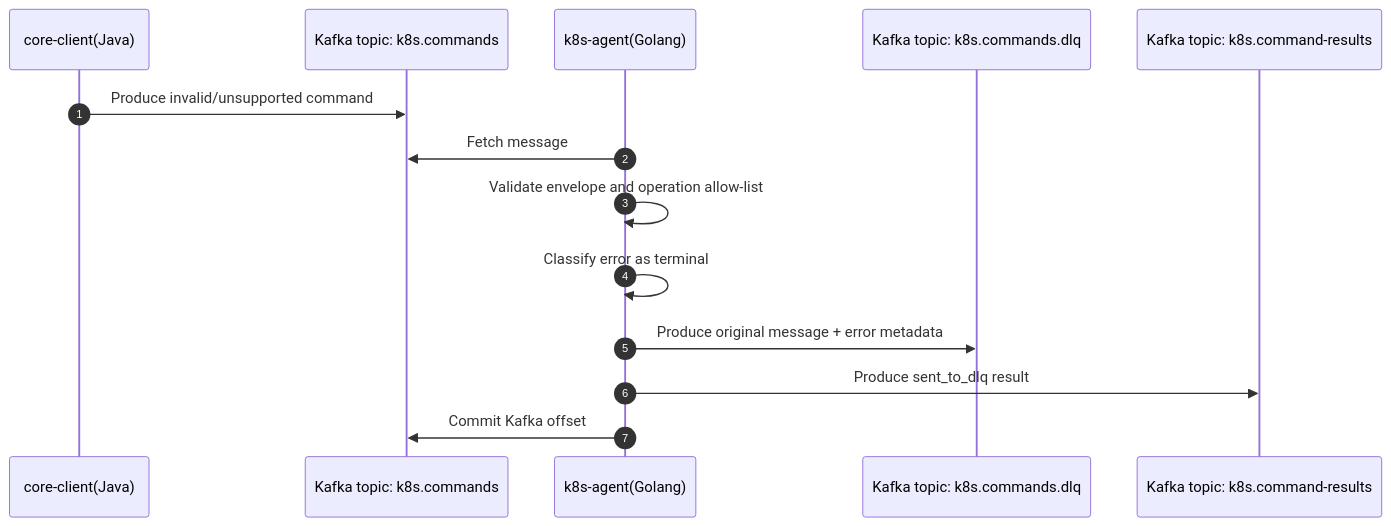
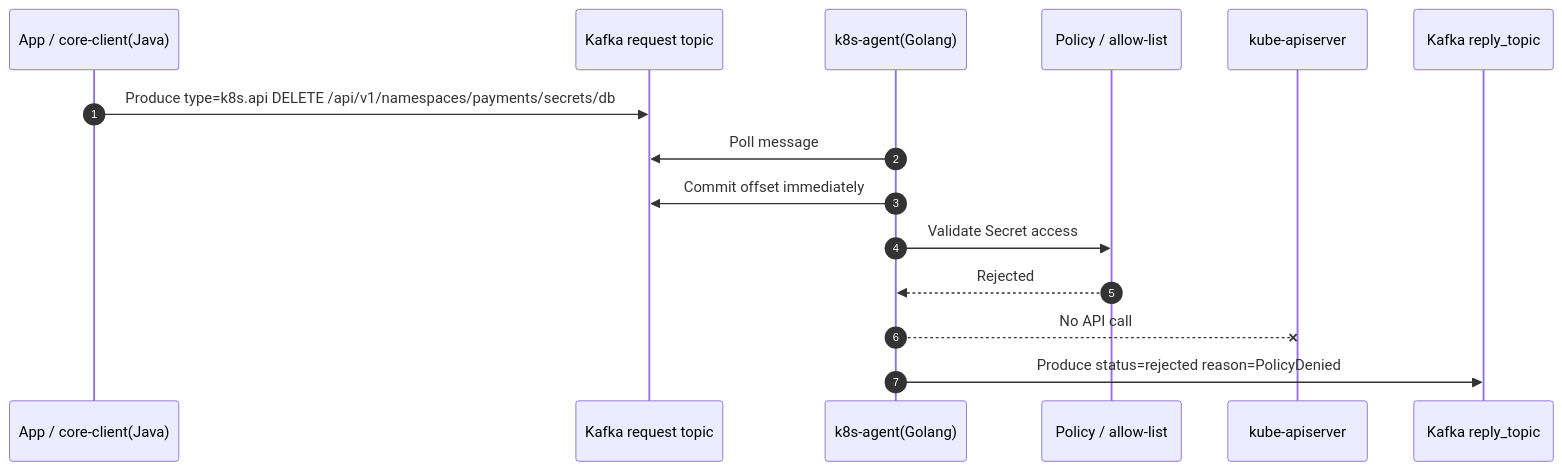
The second of 6 diagrams in docs/architecture-core-client-k8s-agent.md (tormoz70/usmc-k8s-agent), drawn with Mermaid before and after one commit. The commit also changed other lines of this file, not shown here.

Commit message:
docs: align core client agent architecture with MVP decisions

````diff
--- a/docs/architecture-core-client-k8s-agent.md
+++ b/docs/architecture-core-client-k8s-agent.md
@@ -189,17 +296,18 @@
 ```mermaid
 sequenceDiagram
     autonumber
-    participant Core as core-client(Java)
-    participant CmdTopic as Kafka topic: k8s.commands
+    participant App as App / core-client(Java)
+    participant Req as Kafka request topic
     participant Agent as k8s-agent(Golang)
-    participant DLQ as Kafka topic: k8s.commands.dlq
-    participant ResultTopic as Kafka topic: k8s.command-results
+    participant Policy as Policy / allow-list
+    participant Kube as kube-apiserver
+    participant Reply as Kafka reply_topic
 
-    Core->>CmdTopic: Produce invalid/unsupported command
-    Agent->>CmdTopic: Fetch message
-    Agent->>Agent: Validate envelope and operation allow-list
-    Agent->>Agent: Classify error as terminal
-    Agent->>DLQ: Produce original message + error metadata
-    Agent->>ResultTopic: Produce sent_to_dlq result
-    Agent->>CmdTopic: Commit Kafka offset
+    App->>Req: Produce type=k8s.api DELETE /api/v1/namespaces/payments/secrets/db
+    Agent->>Req: Poll message
+    Agent->>Req: Commit offset immediately
+    Agent->>Policy: Validate Secret access
+    Policy-->>Agent: Rejected
+    Agent--xKube: No API call
+    Agent->>Reply: Produce status=rejected reason=PolicyDenied
 ```
````
